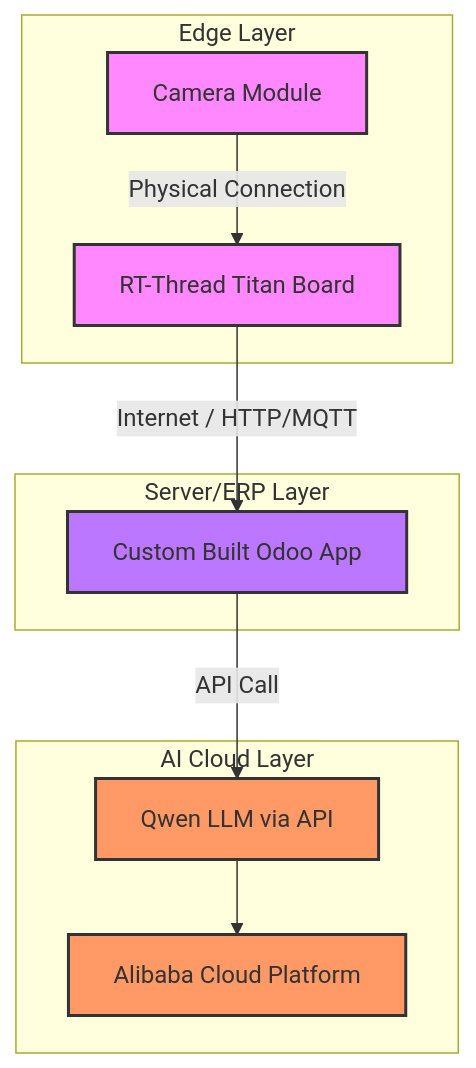
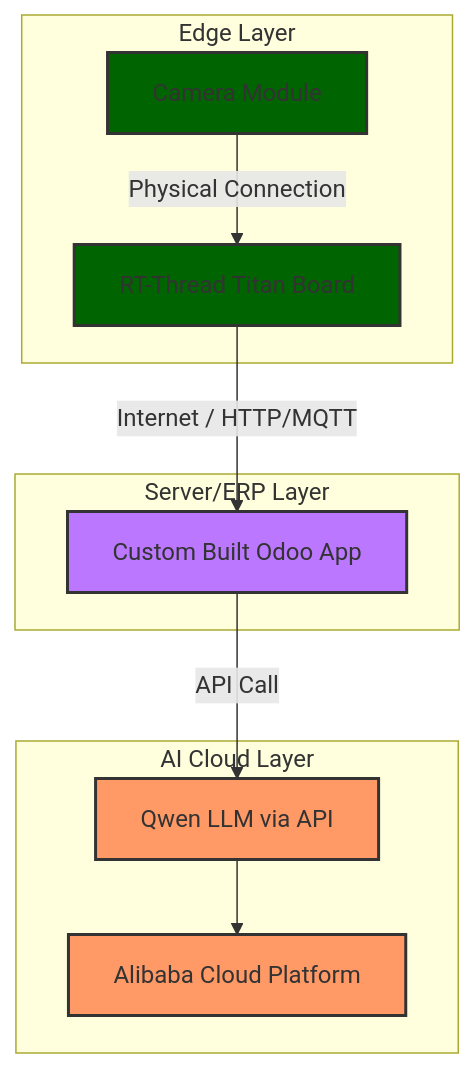
The diagram in README.md (cheahweileow/rttOdoo), drawn with Mermaid before and after one commit.

````diff
--- a/README.md
+++ b/README.md
@@ -6,35 +6,35 @@
 ```mermaid
 graph TD
     %% Define Styles
-    classDef hardware fill:#f8f,stroke:#333,stroke-width:2px;
+    classDef hardware fill:#006400,stroke:#333,stroke-width:2px;
     classDef software fill:#b7f,stroke:#333,stroke-width:2px;
     classDef cloud fill:#f96,stroke:#333,stroke-width:2px;
 
     %% Nodes Declaration
     Camera[Camera Module]:::hardware
     Titan[RT-Thread Titan Board]:::hardware
     Odoo[Custom Built Odoo App]:::software
     Qwen[Qwen LLM via API]:::cloud
     Alibaba[Alibaba Cloud Platform]:::cloud
 
     %% Connections
     Camera -->|Physical Connection| Titan
     Titan -->|Internet / HTTP/MQTT| Odoo
     Odoo -->|API Call| Qwen
     Qwen --> Alibaba
 
     %% Layout grouping
     subgraph EdgeLayer["Edge Layer"]
         Camera
         Titan
     end
 
     subgraph ServerLayer["Server/ERP Layer"]
         Odoo
     end
 
     subgraph AILayer["AI Cloud Layer"]
         Alibaba
         Qwen
     end
 ```
````
